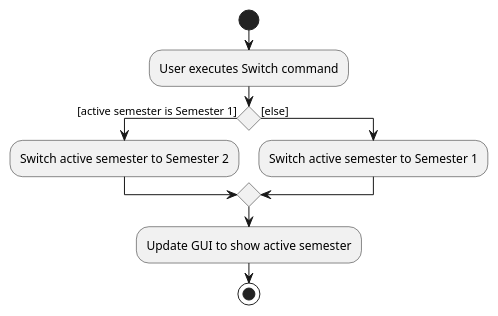
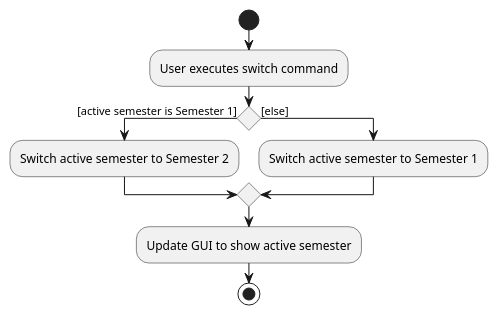
One commit to nus-cs2103-AY2021S1/tp changed the diagram in docs/diagrams/SwitchActivityDiagram.puml. Above: the diagram before and after it, drawn with PlantUML. The commit also changed 14 other files, not shown here.

Commit message:
Update activity diagrams

```diff
--- a/docs/diagrams/SwitchActivityDiagram.puml
+++ b/docs/diagrams/SwitchActivityDiagram.puml
@@ -1,11 +1,11 @@
 @startuml
 start
-:User executes Switch command;
+:User executes switch command;
 if () then ([active semester is Semester 1])
 :Switch active semester to Semester 2;
 else ([else])
 :Switch active semester to Semester 1;
 endif
 :Update GUI to show active semester;
 stop
 @enduml
```
